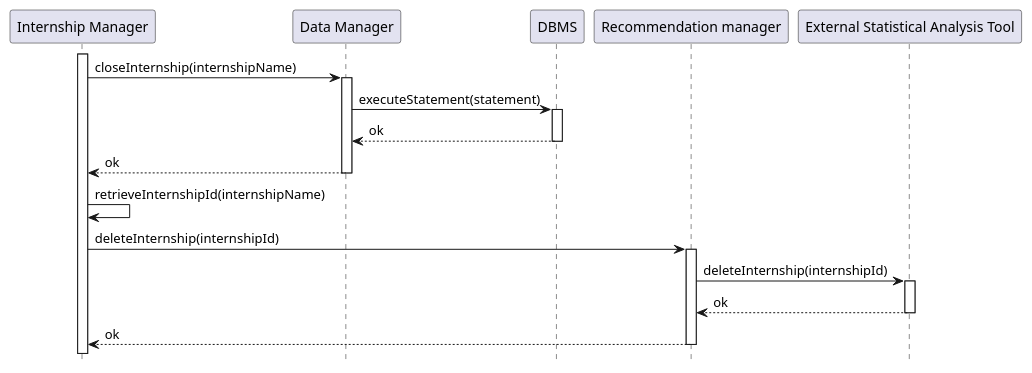
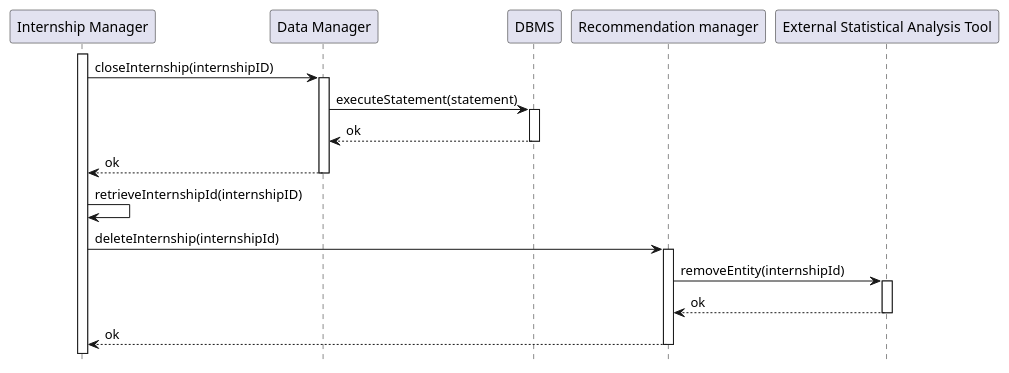
Before and after one commit to matti8702/R_and_DD_project_SE2: the diagram in DD/Architectural_design/uml_diagrams/RV29.puml, drawn with PlantUML. The commit also changed 9 other files, not shown here.

```diff
--- a/DD/Architectural_design/uml_diagrams/RV29.puml
+++ b/DD/Architectural_design/uml_diagrams/RV29.puml
@@ -1,28 +1,28 @@
 @startuml RV29
 hide footbox
 
 participant "Internship Manager" as IM
 participant "Data Manager" as DM
 participant "DBMS" as DB
 participant "Recommendation manager" as RM
 participant "External Statistical Analysis Tool" as ESAT
 
 activate IM
-IM -> DM   : closeInternship(internshipName)
+IM -> DM   : closeInternship(internshipID)
 activate DM
 DM -> DB   : executeStatement(statement)
 activate DB
 DB --> DM  : ok
 deactivate DB
 DM --> IM  : ok
 deactivate DM
-IM -> IM   : retrieveInternshipId(internshipName)
+IM -> IM   : retrieveInternshipId(internshipID)
 IM -> RM   : deleteInternship(internshipId)
 activate RM
-RM -> ESAT   : deleteInternship(internshipId)
+RM -> ESAT   : removeEntity(internshipId)
 activate ESAT
 ESAT --> RM : ok
 deactivate ESAT
 RM --> IM  : ok
 deactivate RM
 @enduml
```
